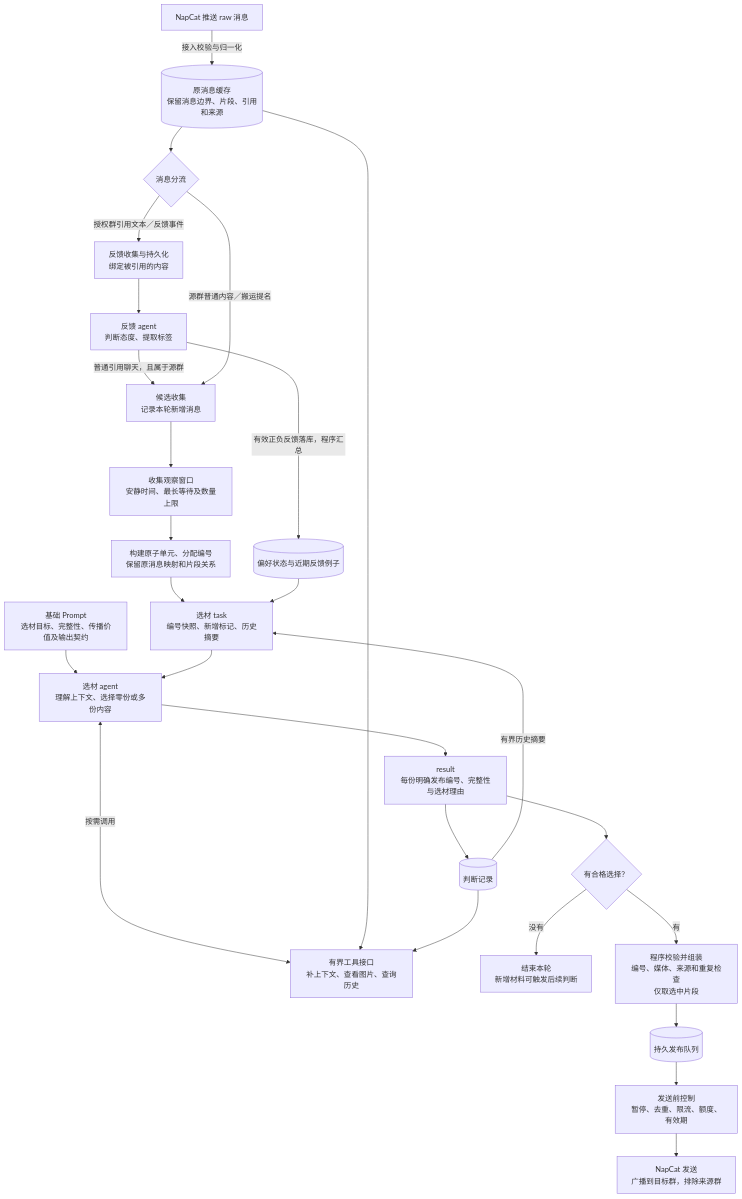
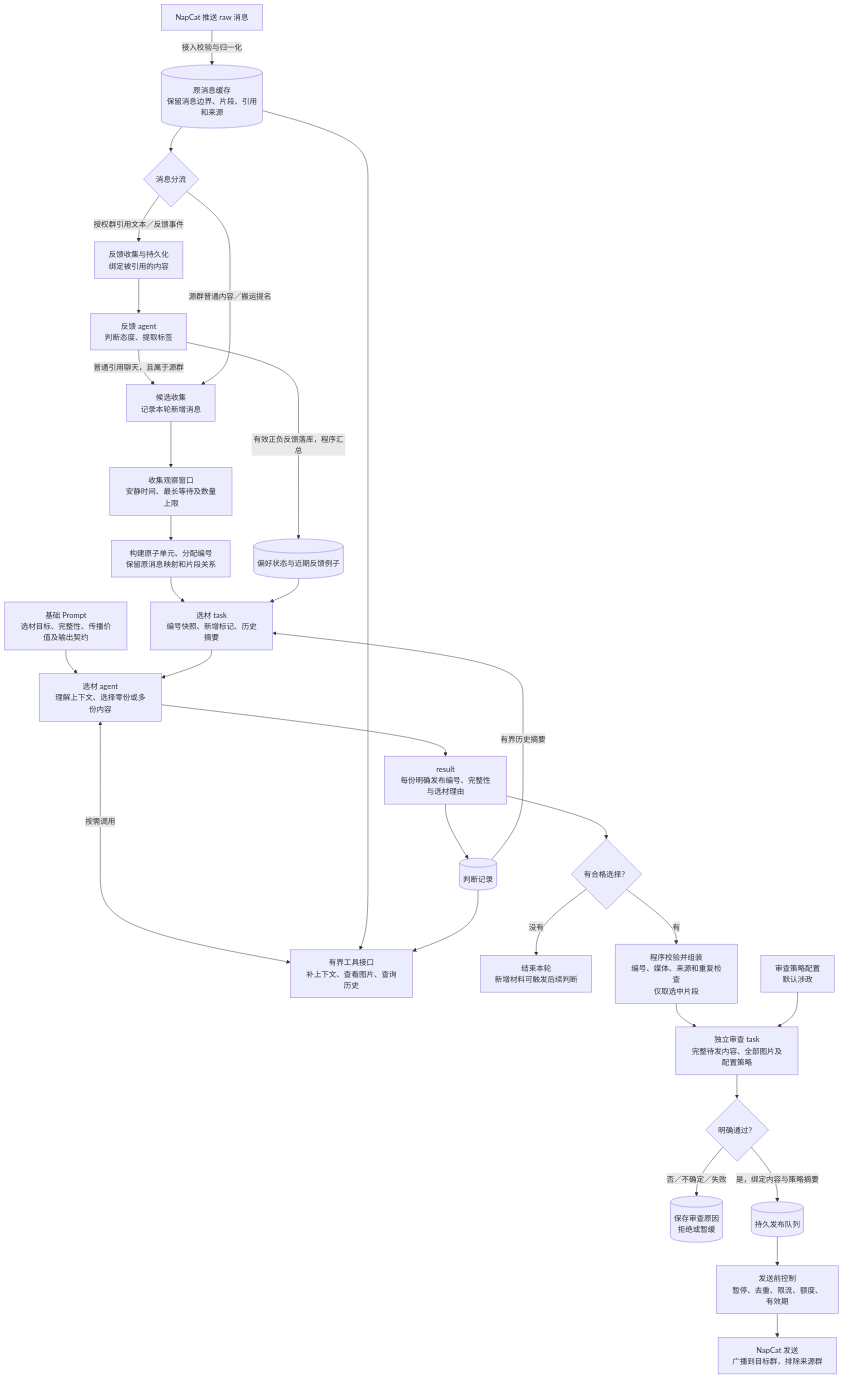
The diagram in doc/design.md (mydefinition/pullshit), drawn with Mermaid before and after one commit. The commit also changed other lines of this file and 20 other files, not shown here.

Commit message:
feat: add independent policy review before publication

````diff
--- a/doc/design.md
+++ b/doc/design.md
@@ -7,32 +7,36 @@
 ```mermaid
 flowchart TD
     NC["NapCat 推送 raw 消息"] -->|"接入校验与归一化"| RAW[("原消息缓存<br/>保留消息边界、片段、引用和来源")]
     RAW --> SPLIT{"消息分流"}
 
     SPLIT -->|"授权群引用文本／反馈事件"| FC["反馈收集与持久化<br/>绑定被引用的内容"]
     FC --> FA["反馈 agent<br/>判断态度、提取标签"]
     FA -->|"有效正负反馈落库，程序汇总"| PREF[("偏好状态与近期反馈例子")]
     FA -->|"普通引用聊天，且属于源群"| CC
 
     SPLIT -->|"源群普通内容／搬运提名"| CC["候选收集<br/>记录本轮新增消息"]
     CC --> WINDOW["收集观察窗口<br/>安静时间、最长等待及数量上限"]
     WINDOW --> ATOM["构建原子单元、分配编号<br/>保留原消息映射和片段关系"]
     ATOM --> TASK["选材 task<br/>编号快照、新增标记、历史摘要"]
     PREF --> TASK
     HISTORY -->|"有界历史摘要"| TASK
 
     PROMPT["基础 Prompt<br/>选材目标、完整性、传播价值及输出契约"] --> AGENT
     TASK --> AGENT["选材 agent<br/>理解上下文、选择零份或多份内容"]
     AGENT <-->|"按需调用"| TOOLS["有界工具接口<br/>补上下文、查看图片、查询历史"]
     RAW --> TOOLS
     HISTORY --> TOOLS
 
     AGENT --> RESULT["result<br/>每份明确发布编号、完整性与选材理由"]
     RESULT --> HISTORY[("判断记录")]
     RESULT --> HAS{"有合格选择？"}
     HAS -->|"没有"| END["结束本轮<br/>新增材料可触发后续判断"]
     HAS -->|"有"| CHECK["程序校验并组装<br/>编号、媒体、来源和重复检查<br/>仅取选中片段"]
-    CHECK --> QUEUE[("持久发布队列")]
+    CHECK --> REVIEW["独立审查 task<br/>完整待发内容、全部图片及配置策略"]
+    POLICY["审查策略配置<br/>默认涉政"] --> REVIEW
+    REVIEW --> REVIEW_OK{"明确通过？"}
+    REVIEW_OK -->|"否／不确定／失败"| HOLD[("保存审查原因<br/>拒绝或暂缓")]
+    REVIEW_OK -->|"是，绑定内容与策略摘要"| QUEUE[("持久发布队列")]
     QUEUE --> CONTROL["发送前控制<br/>暂停、去重、限流、额度、有效期"]
     CONTROL --> SEND["NapCat 发送<br/>广播到目标群，排除来源群"]
 ```
````
